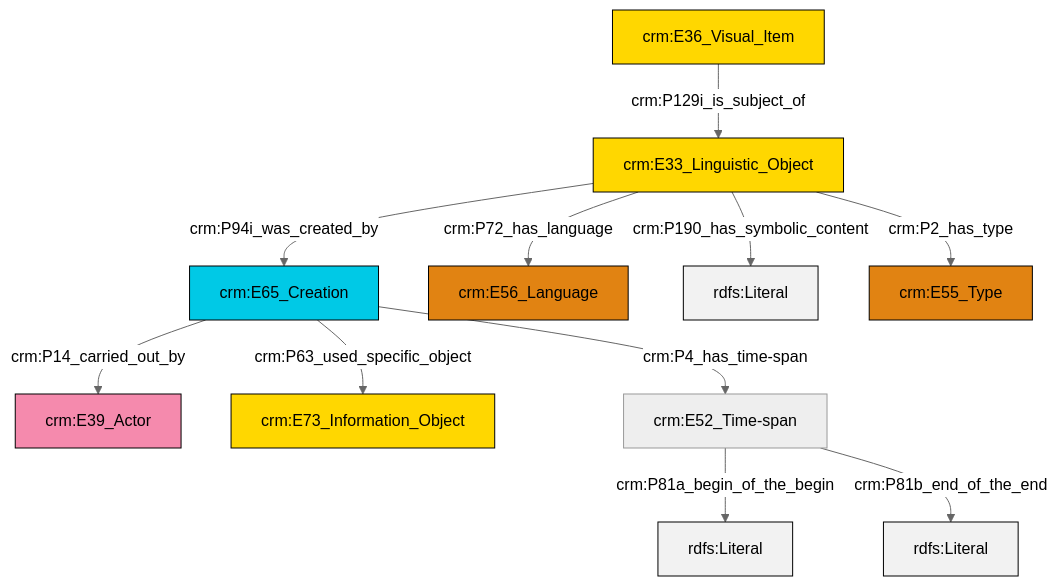
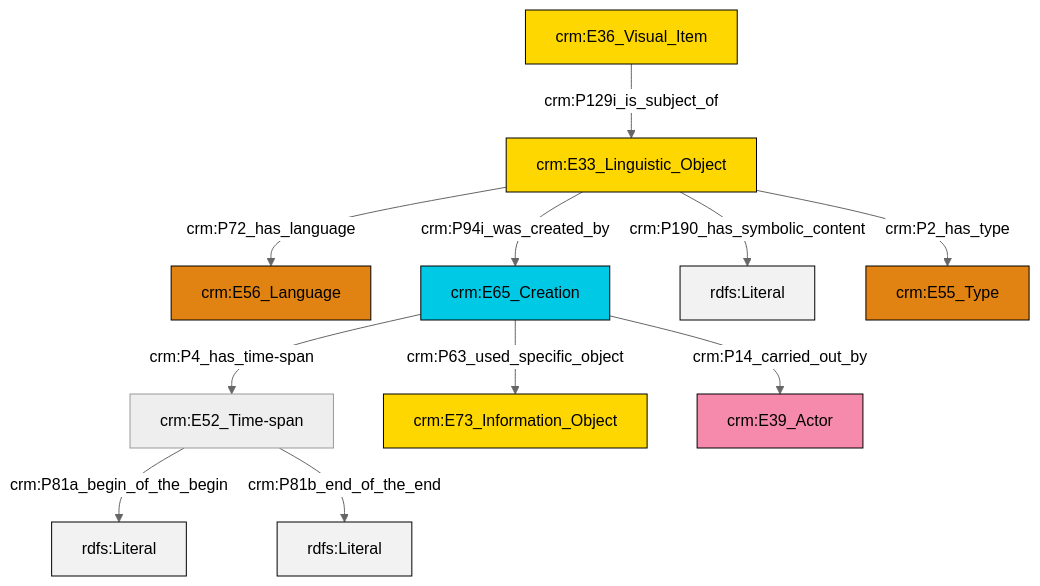
One commit to swiss-art-research-net/docs.swissartresearch changed the diagram in et/imgCSV/ttl/mmd/img_desc.ttl.mmd. Above: the diagram before and after it, drawn with Mermaid (neutral theme). The commit also changed 183 other files, not shown here.

```diff
--- a/et/imgCSV/ttl/mmd/img_desc.ttl.mmd
+++ b/et/imgCSV/ttl/mmd/img_desc.ttl.mmd
@@ -1,25 +1,25 @@
 graph TD
 classDef Literal fill:#f2f2f2,stroke:#000000;
 classDef CRM_Entity fill:#FFFFFF,stroke:#000000;
 classDef Temporal_Entity fill:#00C9E6, stroke:#000000;
 classDef Type fill:#E18312, stroke:#000000;
 classDef Time-Span fill:#2C9C91, stroke:#000000;
 classDef Appellation fill:#FFEB7F, stroke:#000000;
 classDef Place fill:#008836, stroke:#000000;
 classDef Persistent_Item fill:#B266B2, stroke:#000000;
 classDef Conceptual_Object fill:#FFD700, stroke:#000000;
 classDef Physical_Thing fill:#D2B48C, stroke:#000000;
 classDef Actor fill:#f58aad, stroke:#000000;
 classDef PC_Classes fill:#4ce600, stroke:#000000;
 classDef Multi fill:#cccccc,stroke:#000000;
 
-0["crm:E65_Creation"]:::Temporal_Entity -->|crm:P14_carried_out_by| 1["crm:E39_Actor"]:::Actor
-0["crm:E65_Creation"]:::Temporal_Entity -->|crm:P63_used_specific_object| 2["crm:E73_Information_Object"]:::Conceptual_Object
-4["crm:E33_Linguistic_Object"]:::Conceptual_Object -->|crm:P72_has_language| 5["crm:E56_Language"]:::Type
-4["crm:E33_Linguistic_Object"]:::Conceptual_Object -->|crm:P190_has_symbolic_content| 9[rdfs:Literal]:::Literal
-10["crm:E36_Visual_Item"]:::Conceptual_Object -->|crm:P129i_is_subject_of| 4["crm:E33_Linguistic_Object"]:::Conceptual_Object
-7["crm:E52_Time-span"]:::Default -->|crm:P81a_begin_of_the_begin| 11[rdfs:Literal]:::Literal
-7["crm:E52_Time-span"]:::Default -->|crm:P81b_end_of_the_end| 16[rdfs:Literal]:::Literal
-4["crm:E33_Linguistic_Object"]:::Conceptual_Object -->|crm:P2_has_type| 13["crm:E55_Type"]:::Type
-4["crm:E33_Linguistic_Object"]:::Conceptual_Object -->|crm:P94i_was_created_by| 0["crm:E65_Creation"]:::Temporal_Entity
-0["crm:E65_Creation"]:::Temporal_Entity -->|crm:P4_has_time-span| 7["crm:E52_Time-span"]:::Default
+0["crm:E52_Time-span"]:::Default -->|crm:P81a_begin_of_the_begin| 1[rdfs:Literal]:::Literal
+4["crm:E65_Creation"]:::Temporal_Entity -->|crm:P4_has_time-span| 0["crm:E52_Time-span"]:::Default
+4["crm:E65_Creation"]:::Temporal_Entity -->|crm:P63_used_specific_object| 5["crm:E73_Information_Object"]:::Conceptual_Object
+6["crm:E33_Linguistic_Object"]:::Conceptual_Object -->|crm:P72_has_language| 2["crm:E56_Language"]:::Type
+0["crm:E52_Time-span"]:::Default -->|crm:P81b_end_of_the_end| 8[rdfs:Literal]:::Literal
+6["crm:E33_Linguistic_Object"]:::Conceptual_Object -->|crm:P190_has_symbolic_content| 16[rdfs:Literal]:::Literal
+13["crm:E36_Visual_Item"]:::Conceptual_Object -->|crm:P129i_is_subject_of| 6["crm:E33_Linguistic_Object"]:::Conceptual_Object
+6["crm:E33_Linguistic_Object"]:::Conceptual_Object -->|crm:P94i_was_created_by| 4["crm:E65_Creation"]:::Temporal_Entity
+6["crm:E33_Linguistic_Object"]:::Conceptual_Object -->|crm:P2_has_type| 17["crm:E55_Type"]:::Type
+4["crm:E65_Creation"]:::Temporal_Entity -->|crm:P14_carried_out_by| 10["crm:E39_Actor"]:::Actor
```
